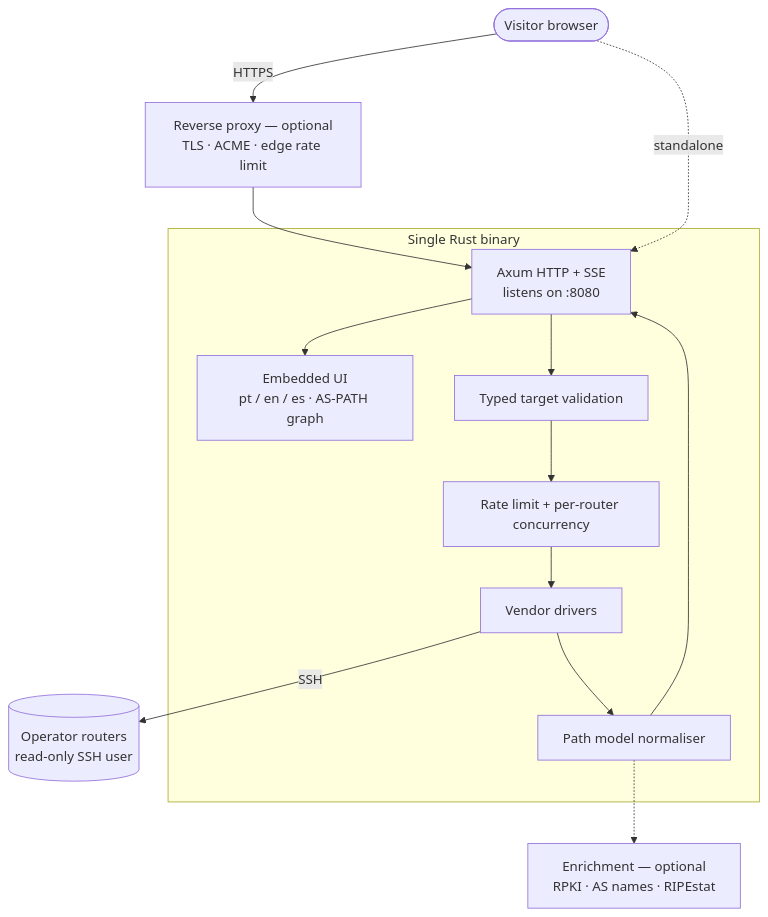
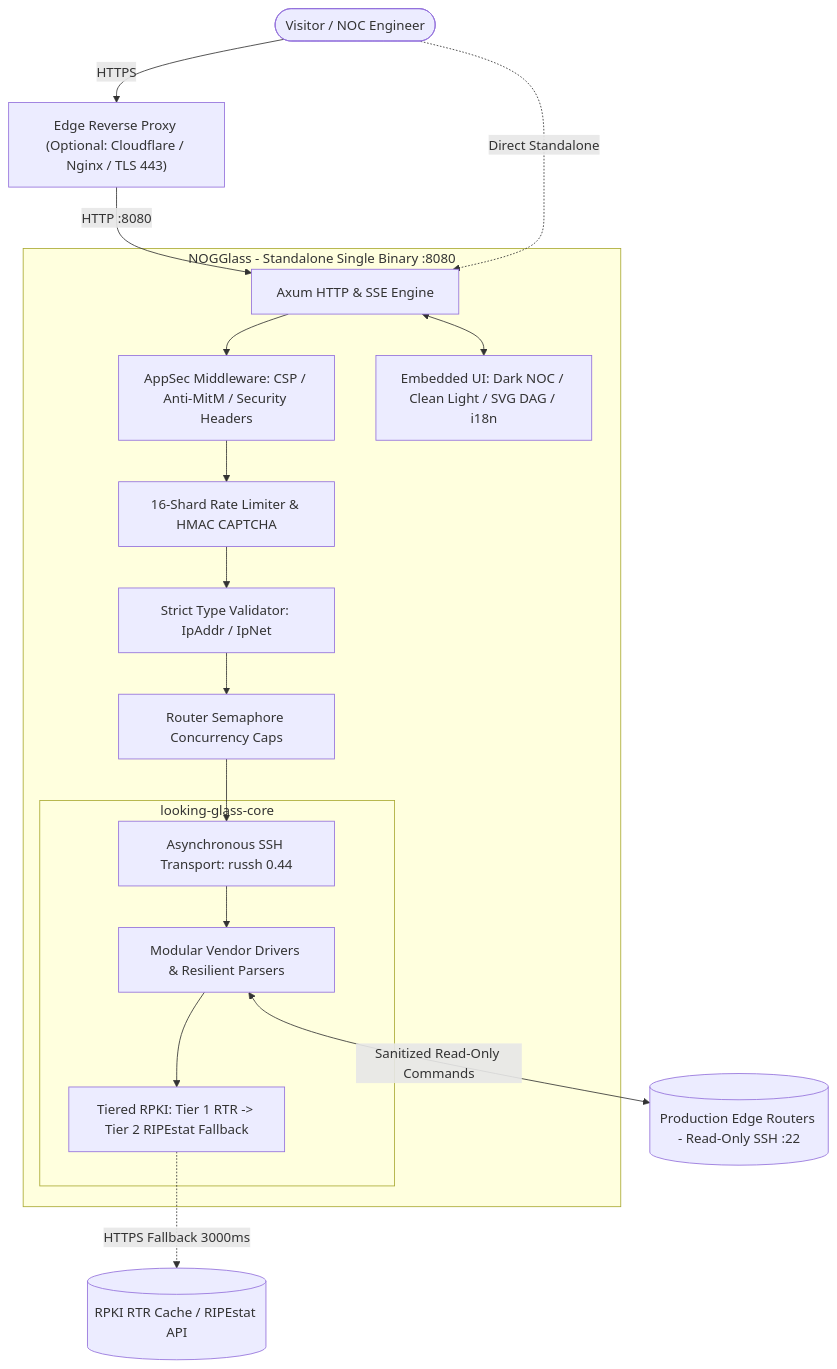
Before and after one commit to andrediashexa/NOGGlass: the diagram in README.md, drawn with Mermaid. The commit also changed other lines of this file and 18 other files, not shown here.

````diff
--- a/README.md
+++ b/README.md
@@ -52,25 +41,32 @@
 ```mermaid
 flowchart TB
-    visitor([Visitor browser])
-    proxy["Reverse proxy — optional<br/>TLS · ACME · edge rate limit"]
+    visitor([Visitor / NOC Engineer])
+    proxy["Edge Reverse Proxy (Optional: Cloudflare / Nginx / TLS 443)"]
 
-    subgraph binary [Single Rust binary]
-        http[Axum HTTP + SSE<br/>listens on :8080]
-        ui[Embedded UI<br/>pt / en / es · AS-PATH graph]
-        valid[Typed target validation]
-        limit[Rate limit + per-router concurrency]
-        drivers[Vendor drivers]
-        norm[Path model normaliser]
+    subgraph host [NOGGlass - Standalone Single Binary :8080]
+        http[Axum HTTP & SSE Engine]
+        sec[AppSec Middleware: CSP / Anti-MitM / Security Headers]
+        ratelimit[16-Shard Rate Limiter & HMAC CAPTCHA]
+        ui[Embedded UI: Dark NOC / Clean Light / SVG DAG / i18n]
+        valid[Strict Type Validator: IpAddr / IpNet]
+        concurrency[Router Semaphore Concurrency Caps]
+        
+        subgraph core [looking-glass-core]
+            executor[Asynchronous SSH Transport: russh 0.44]
+            rpki_layer[Tiered RPKI: Tier 1 RTR -> Tier 2 RIPEstat Fallback]
+            drivers[Modular Vendor Drivers & Resilient Parsers]
+        end
     end
 
-    enrich["Enrichment — optional<br/>RPKI · AS names · RIPEstat"]
-    routers[(Operator routers<br/>read-only SSH user)]
+    routers[(Production Edge Routers - Read-Only SSH :22)]
+    rpki_upstream[(RPKI RTR Cache / RIPEstat API)]
 
-    visitor -->|HTTPS| proxy --> http
-    visitor -.->|standalone| http
-    http --> ui
-    http --> valid --> limit --> drivers
-    drivers -->|SSH| routers
-    drivers --> norm --> http
-    norm -.-> enrich
+    visitor -->|HTTPS| proxy
+    proxy -->|HTTP :8080| http
+    visitor -.->|Direct Standalone| http
+    http <--> ui
+    http --> sec --> ratelimit --> valid --> concurrency --> executor
+    executor --> drivers <-->|Sanitized Read-Only Commands| routers
+    drivers --> rpki_layer
+    rpki_layer -.->|HTTPS Fallback 3000ms| rpki_upstream
 ```
````
